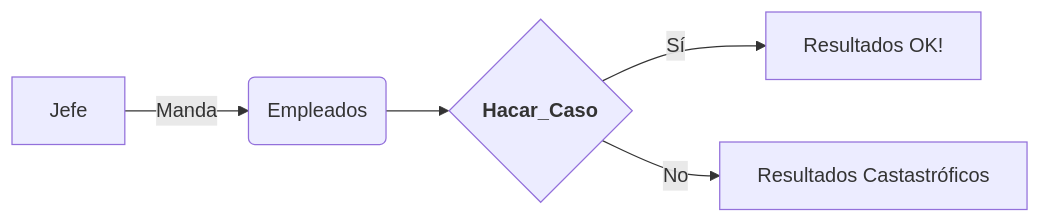
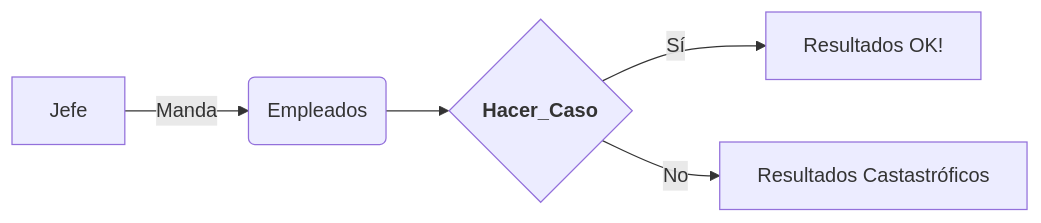
Before and after one commit to ghostmaker92/hugo: the diagram in content/practica/practica2.md, drawn with Mermaid.

Commit message:
Correct practica2

```diff
--- a/content/practica/practica2.md
+++ b/content/practica/practica2.md
@@ -9,7 +9,7 @@
 {{< mermaid align="left" >}}
 graph LR;
 A[Jefe] -->|Manda| B(Empleados)
-B --> C{<strong>Hacar_Caso</strong>}
+B --> C{<strong>Hacer_Caso</strong>}
 C -->|Sí| D[Resultados OK!]
 C -->|No| E[Resultados Castastróficos]
 {{< /mermaid >}}
```
